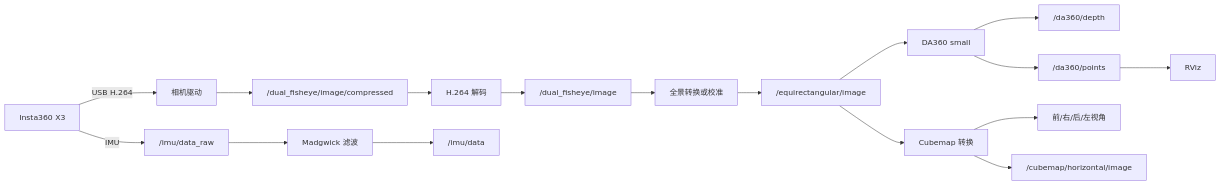
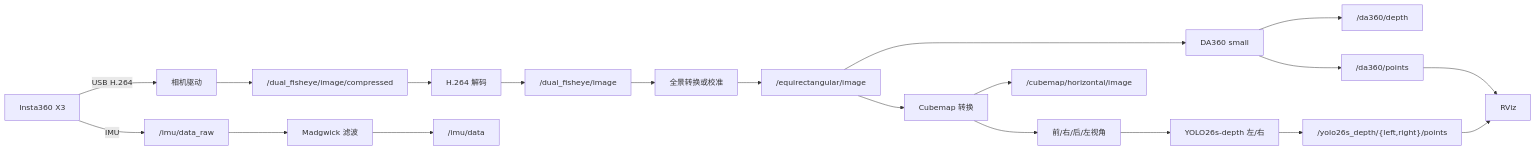
One commit to lchangy/insta360x3 changed the diagram in README.md. Above: the diagram before and after it, drawn with Mermaid. The commit also changed other lines of this file and 18 other files, not shown here.

````diff
--- a/README.md
+++ b/README.md
@@ -28,19 +32,22 @@
 ```mermaid
 flowchart LR
     CAM[Insta360 X3] -->|USB H.264| DRIVER[相机驱动]
     CAM -->|IMU| IMU_RAW["/imu/data_raw"]
     DRIVER --> COMPRESSED["/dual_fisheye/image/compressed"]
     COMPRESSED --> DECODER[H.264 解码]
     DECODER --> FISHEYE["/dual_fisheye/image"]
     FISHEYE --> PANORAMA[全景转换或校准]
     PANORAMA --> EQUIRECT["/equirectangular/image"]
     EQUIRECT --> DA360[DA360 small]
     DA360 --> DEPTH["/da360/depth"]
     DA360 --> POINTS["/da360/points"]
     POINTS --> RVIZ[RViz]
     EQUIRECT --> CUBEMAP[Cubemap 转换]
     CUBEMAP --> FACES[前/右/后/左视角]
+    FACES --> YOLO[YOLO26s-depth 左/右]
+    YOLO --> YOLO_POINTS["/yolo26s_depth/{left,right}/points"]
+    YOLO_POINTS --> RVIZ
     CUBEMAP --> MOSAIC["/cubemap/horizontal/image"]
     IMU_RAW --> FILTER[Madgwick 滤波]
     FILTER --> IMU["/imu/data"]
 ```
````
